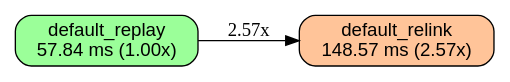
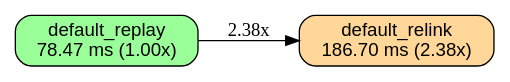
Before and after one commit to orgrinrt/hilavitkutin: the diagram in docs/BENCHES.link-static.dev_n25.linux-x86_64-c4-container-intel.dot, drawn with Graphviz. The commit also changed 98 other files, not shown here.

```diff
--- a/docs/BENCHES.link-static.dev_n25.linux-x86_64-c4-container-intel.dot
+++ b/docs/BENCHES.link-static.dev_n25.linux-x86_64-c4-container-intel.dot
@@ -1,14 +1,14 @@
 // AUTO-GENERATED: DO NOT EDIT DIRECTLY
 //
 // Generated by: mockspace (mock)
-// Generated at: 2026-11-16T08:49:46Z
+// Generated at: 2026-11-19T23:03:40Z
 // Source: mock/
 // To regenerate: cargo mock
 
 digraph "link-static/dev_n25 on linux-x86_64-c4-container-intel" {
   rankdir=LR;
   node [shape=box, style="rounded,filled", fontname="Helvetica"];
-  v0 [label="default_replay\n57.84 ms (1.00x)", fillcolor="0.330 0.4 1.0"];
-  v1 [label="default_relink\n148.57 ms (2.57x)", fillcolor="0.071 0.4 1.0"];
-  v0 -> v1 [label="2.57x"];
+  v0 [label="default_replay\n78.47 ms (1.00x)", fillcolor="0.330 0.4 1.0"];
+  v1 [label="default_relink\n186.70 ms (2.38x)", fillcolor="0.102 0.4 1.0"];
+  v0 -> v1 [label="2.38x"];
 }
```
